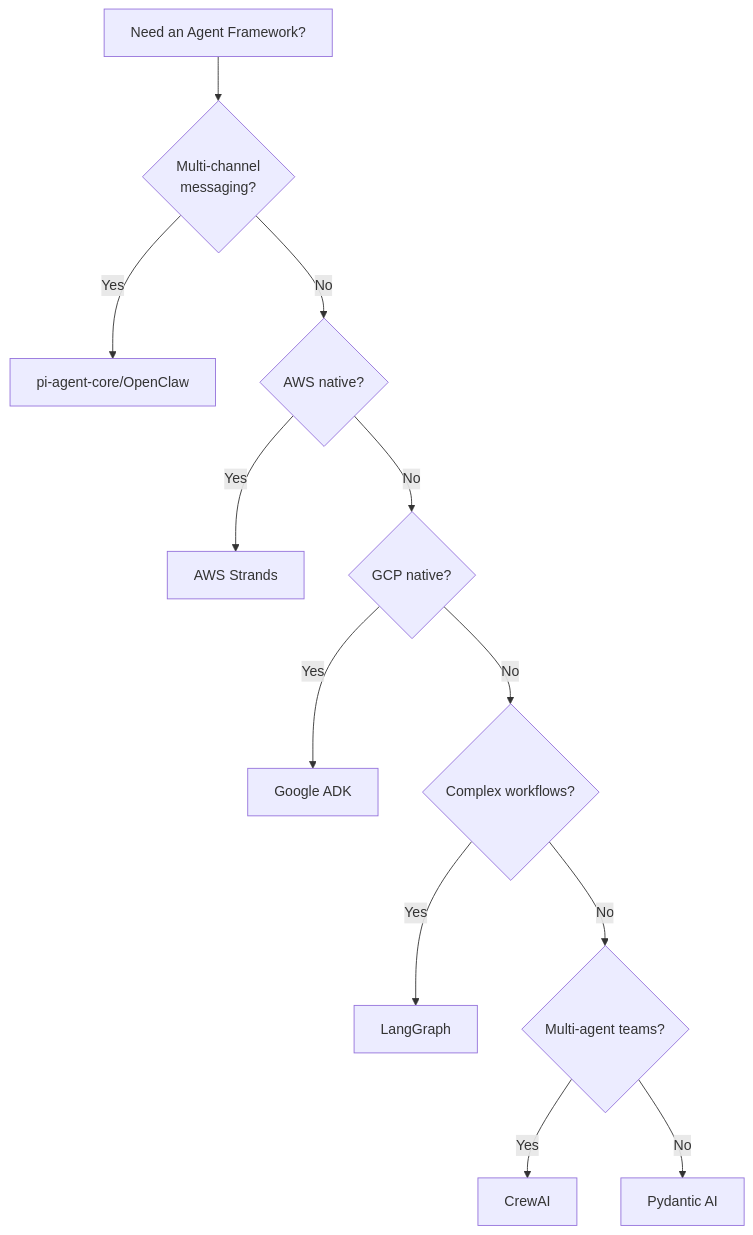
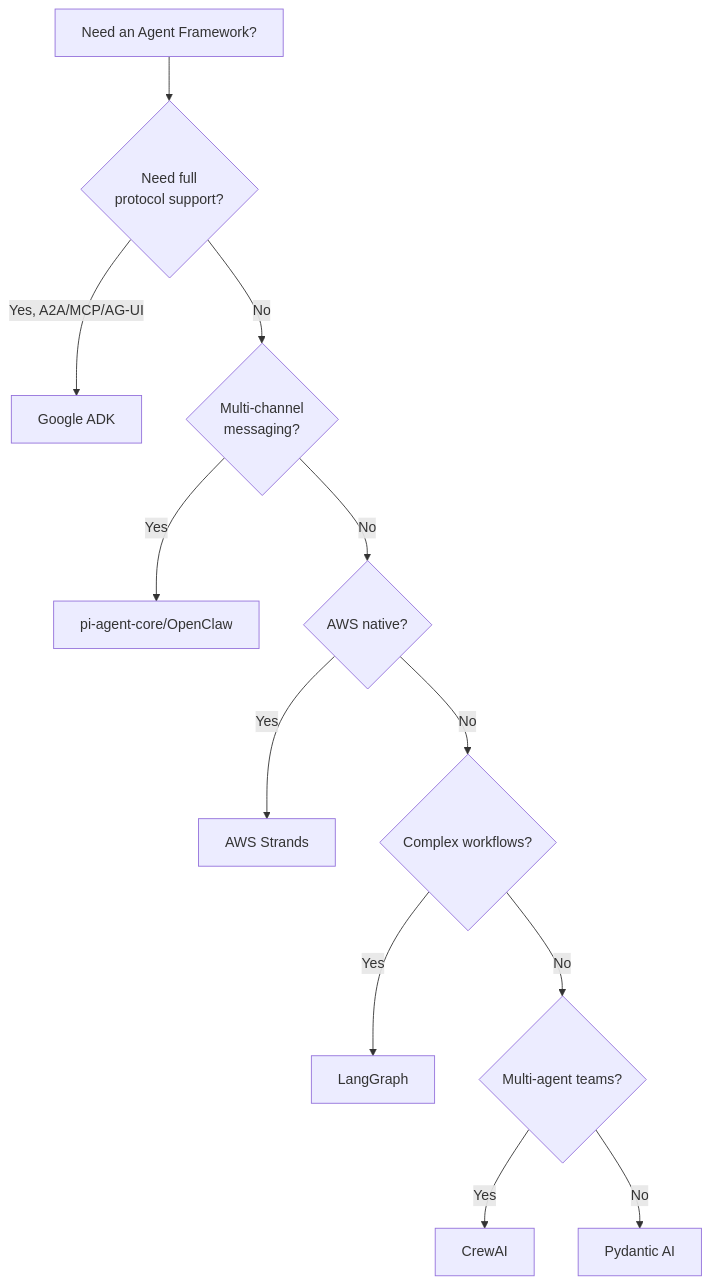
Before and after one commit to Amineelfarssi/amineelfarssi.github.io: the third of 3 diagrams in content/blog/agentic-frameworks-comparison.md, drawn with Mermaid. The commit also changed other lines of this file, not shown here.

First line of the commit message:
📝 Update frameworks comparison: More objective, proper Google ADK credit

```diff
--- a/content/blog/agentic-frameworks-comparison.md
+++ b/content/blog/agentic-frameworks-comparison.md
@@ -557,14 +506,14 @@
 {{< mermaid >}}
 flowchart TB
-    START[Need an Agent Framework?] --> Q1{Multi-channel<br/>messaging?}
-    Q1 -->|Yes| OC[pi-agent-core/OpenClaw]
-    Q1 -->|No| Q2{AWS native?}
-    Q2 -->|Yes| STR[AWS Strands]
-    Q2 -->|No| Q3{GCP native?}
-    Q3 -->|Yes| ADK[Google ADK]
+    START[Need an Agent Framework?] --> Q1{Need full<br/>protocol support?}
+    Q1 -->|Yes, A2A/MCP/AG-UI| ADK[Google ADK]
+    Q1 -->|No| Q2{Multi-channel<br/>messaging?}
+    Q2 -->|Yes| OC[pi-agent-core/OpenClaw]
+    Q2 -->|No| Q3{AWS native?}
+    Q3 -->|Yes| STR[AWS Strands]
     Q3 -->|No| Q4{Complex workflows?}
     Q4 -->|Yes| LG[LangGraph]
     Q4 -->|No| Q5{Multi-agent teams?}
     Q5 -->|Yes| CR[CrewAI]
     Q5 -->|No| PYD[Pydantic AI]
 {{< /mermaid >}}
```
